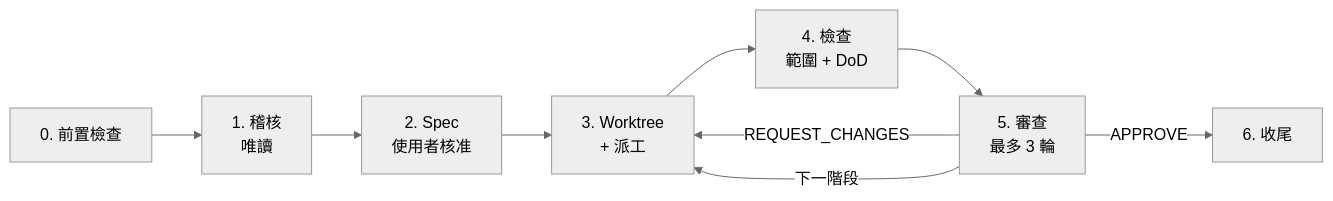
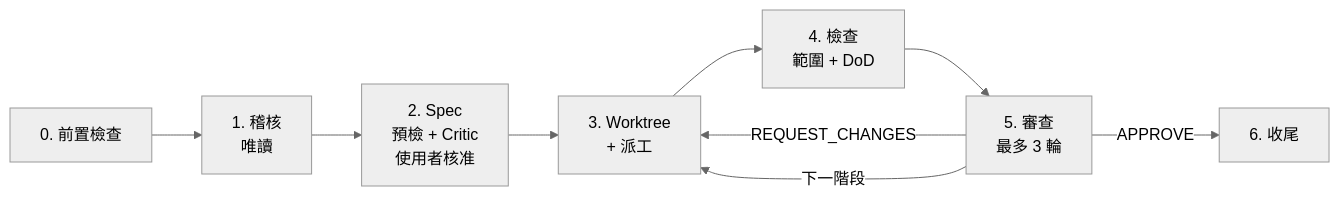
Before and after one commit to cosmo-chang-1701/spec-audit-and-refactor: the diagram in README.zh-TW.md, drawn with Mermaid (neutral theme). The commit also changed other lines of this file and 7 other files, not shown here.

````diff
--- a/README.zh-TW.md
+++ b/README.zh-TW.md
@@ -61,11 +61,11 @@
 ```mermaid
 flowchart LR
     A[0. 前置檢查] --> B[1. 稽核<br/>唯讀]
-    B --> C[2. Spec<br/>使用者核准]
+    B --> C[2. Spec<br/>預檢 + Critic<br/>使用者核准]
     C --> D[3. Worktree<br/>+ 派工]
     D --> E[4. 檢查<br/>範圍 + DoD]
     E --> F[5. 審查<br/>最多 3 輪]
     F -->|REQUEST_CHANGES| D
     F -->|下一階段| D
     F -->|APPROVE| G[6. 收尾]
 ```
````
